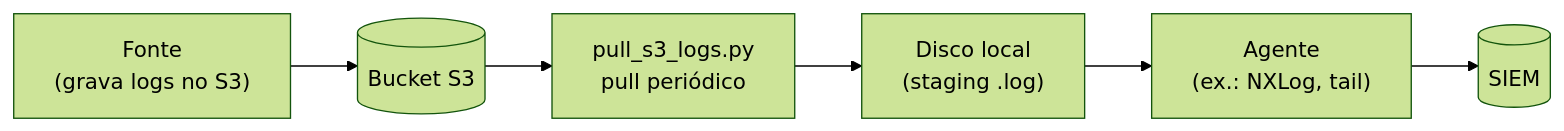
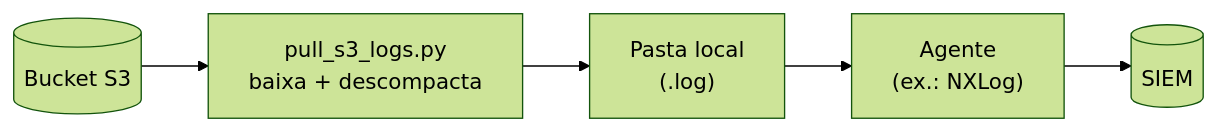
Before and after one commit to boliveiras/pull-logs-s3: the diagram in README.md, drawn with Mermaid (forest theme). The commit also changed other lines of this file and 1 other file, not shown here.

````diff
--- a/README.md
+++ b/README.md
@@ -16,8 +23,7 @@
 ```mermaid
 flowchart LR
-    SRC["Fonte<br/>(grava logs no S3)"] --> S3[("Bucket S3")]
-    S3 --> PULL["pull_s3_logs.py<br/>pull periódico"]
-    PULL --> STG["Disco local<br/>(staging .log)"]
-    STG --> AGENT["Agente<br/>(ex.: NXLog, tail)"]
+    S3[("Bucket S3")] --> PULL["pull_s3_logs.py<br/>baixa + descompacta"]
+    PULL --> STG["Pasta local<br/>(.log)"]
+    STG --> AGENT["Agente<br/>(ex.: NXLog)"]
     AGENT --> SIEM[("SIEM")]
 ```
````
